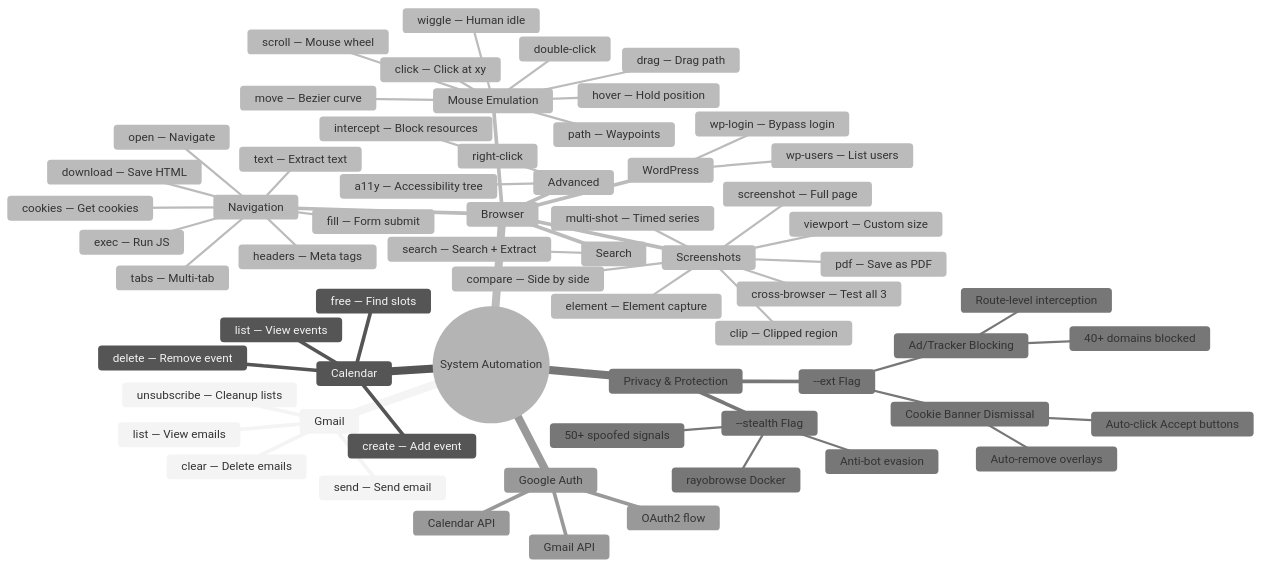
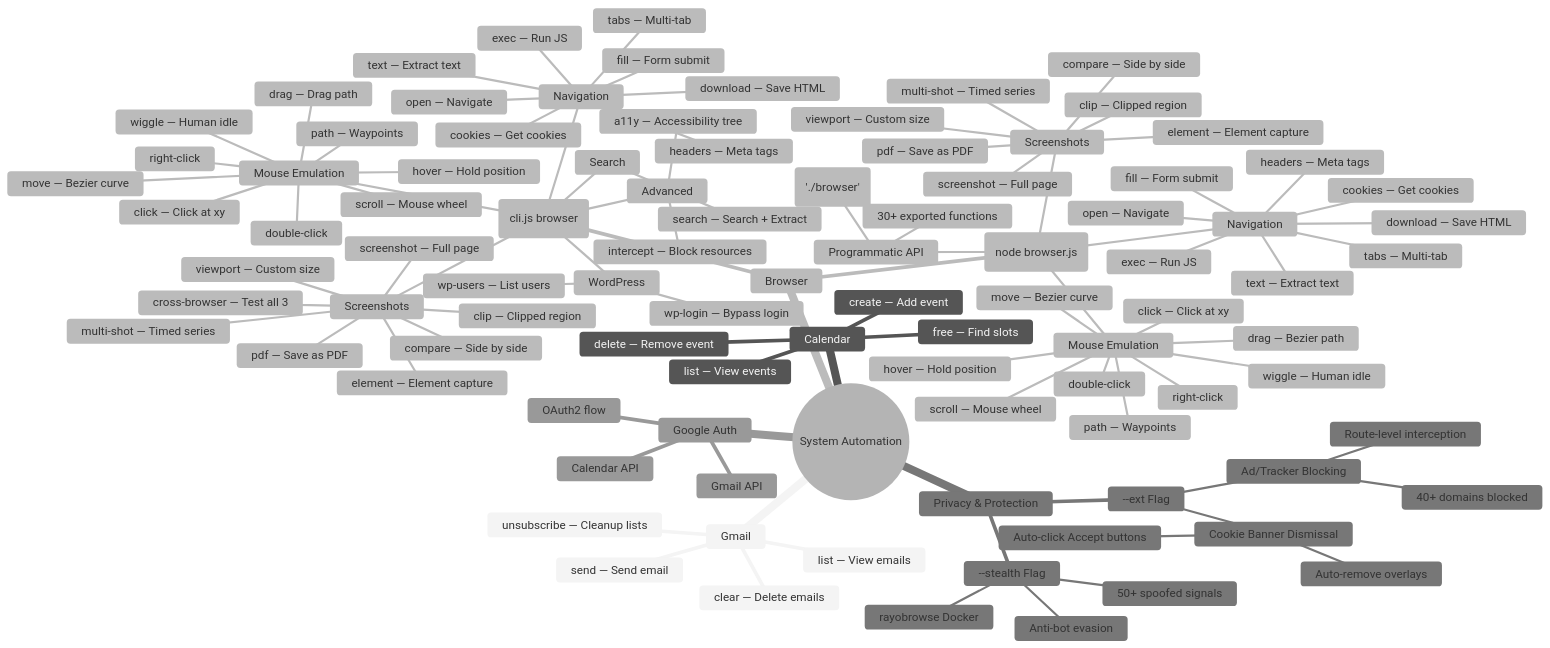
Before and after one commit to marceli1404/system-automation: the first of 7 diagrams in README.md, drawn with Mermaid (neutral theme). The commit also changed other lines of this file, not shown here.

Commit message:
Update README: add Puppeteer engine section, dual-engine diagrams, Playwright vs Puppeteer comparison table

```diff
--- a/README.md
+++ b/README.md
@@ -30,42 +39,74 @@
       delete — Remove event
       free — Find slots
     Browser
-      Navigation
-        open — Navigate
-        text — Extract text
-        fill — Form submit
-        exec — Run JS
-        download — Save HTML
-        cookies — Get cookies
-        headers — Meta tags
-        tabs — Multi-tab
-      Screenshots
-        screenshot — Full page
-        viewport — Custom size
-        element — Element capture
-        clip — Clipped region
-        compare — Side by side
-        pdf — Save as PDF
-        multi-shot — Timed series
-        cross-browser — Test all 3
-      Mouse Emulation
-        move — Bezier curve
-        click — Click at xy
-        double-click
-        right-click
-        drag — Drag path
-        hover — Hold position
-        scroll — Mouse wheel
-        path — Waypoints
-        wiggle — Human idle
-      Search
-        search — Search + Extract
-      Advanced
-        a11y — Accessibility tree
-        intercept — Block resources
-      WordPress
-        wp-login — Bypass login
-        wp-users — List users
+      Playwright Engine (cli.js browser)
+        Navigation
+          open — Navigate
+          text — Extract text
+          fill — Form submit
+          exec — Run JS
+          download — Save HTML
+          cookies — Get cookies
+          headers — Meta tags
+          tabs — Multi-tab
+        Screenshots
+          screenshot — Full page
+          viewport — Custom size
+          element — Element capture
+          clip — Clipped region
+          compare — Side by side
+          pdf — Save as PDF
+          multi-shot — Timed series
+          cross-browser — Test all 3
+        Mouse Emulation
+          move — Bezier curve
+          click — Click at xy
+          double-click
+          right-click
+          drag — Drag path
+          hover — Hold position
+          scroll — Mouse wheel
+          path — Waypoints
+          wiggle — Human idle
+        Search
+          search — Search + Extract
+        Advanced
+          a11y — Accessibility tree
+          intercept — Block resources
+        WordPress
+          wp-login — Bypass login
+          wp-users — List users
+      Puppeteer Engine (node browser.js)
+        Navigation
+          open — Navigate
+          text — Extract text
+          fill — Form submit
+          exec — Run JS
+          download — Save HTML
+          cookies — Get cookies
+          headers — Meta tags
+          tabs — Multi-tab
+        Screenshots
+          screenshot — Full page
+          viewport — Custom size
+          element — Element capture
+          clip — Clipped region
+          compare — Side by side
+          pdf — Save as PDF
+          multi-shot — Timed series
+        Mouse Emulation
+          move — Bezier curve
+          click — Click at xy
+          double-click
+          right-click
+          drag — Bezier path
+          hover — Hold position
+          scroll — Mouse wheel
+          path — Waypoints
+          wiggle — Human idle
+        Programmatic API
+          30+ exported functions
+          require('./browser')
     Privacy & Protection
       --ext Flag
         Ad/Tracker Blocking
```
